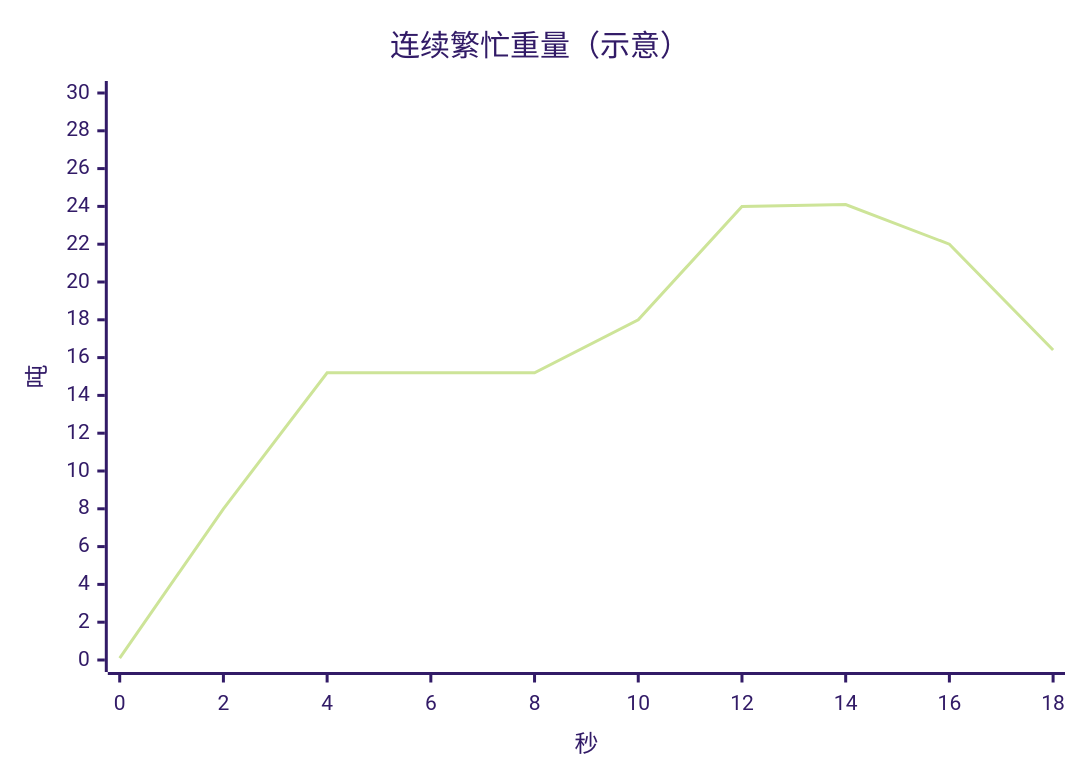
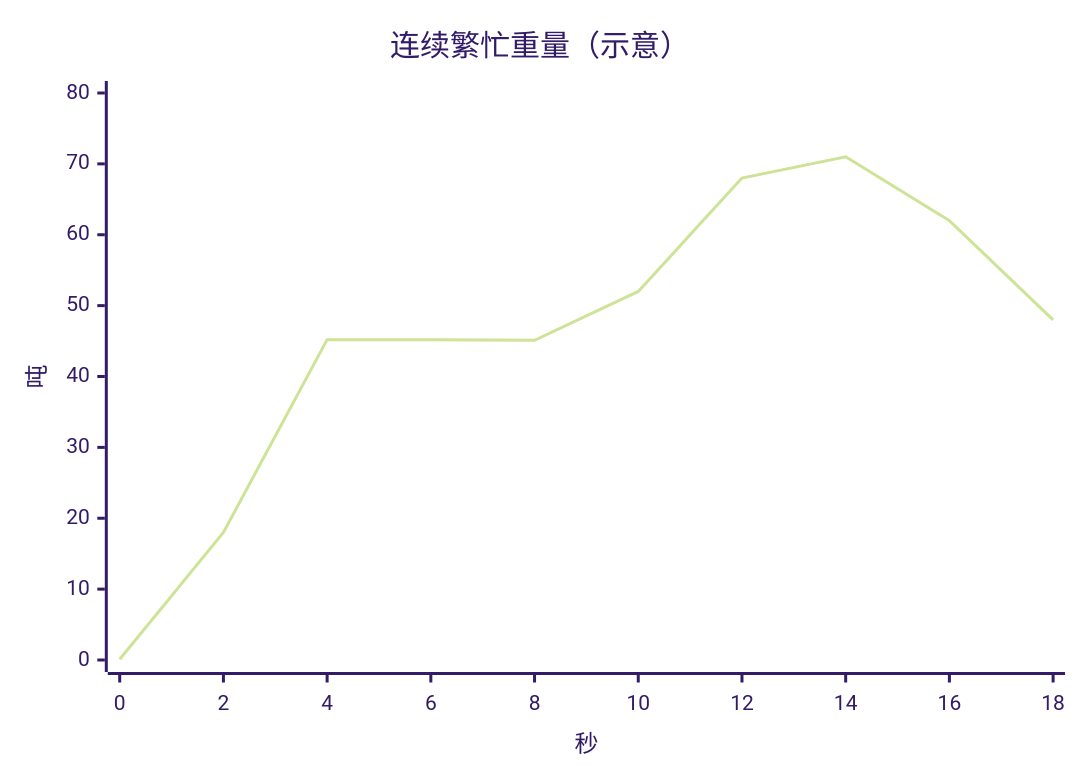
The fifth of 5 diagrams in docs/2026-11-10-urban-busy-weighing-upload-on-stable/03-模式时序与图表.md (feewillowherb/MaterialMonospec), drawn with Mermaid (forest theme) before and after one commit. The commit also changed other lines of this file and 20 other files, not shown here.

````diff
--- a/docs/2026-11-10-urban-busy-weighing-upload-on-stable/03-模式时序与图表.md
+++ b/docs/2026-11-10-urban-busy-weighing-upload-on-stable/03-模式时序与图表.md
@@ -115,7 +117,7 @@
 ```mermaid
 xychart-beta
   title "连续繁忙重量（示意）"
   x-axis "秒" [0, 2, 4, 6, 8, 10, 12, 14, 16, 18]
-  y-axis "吨" 0 --> 30
-  line [0.1, 8.0, 15.2, 15.2, 15.2, 18.0, 24.0, 24.1, 22.0, 16.4]
+  y-axis "吨" 0 --> 80
+  line [0.1, 18.0, 45.2, 45.2, 45.1, 52.0, 68.0, 71.0, 62.0, 48.0]
 ```
````
